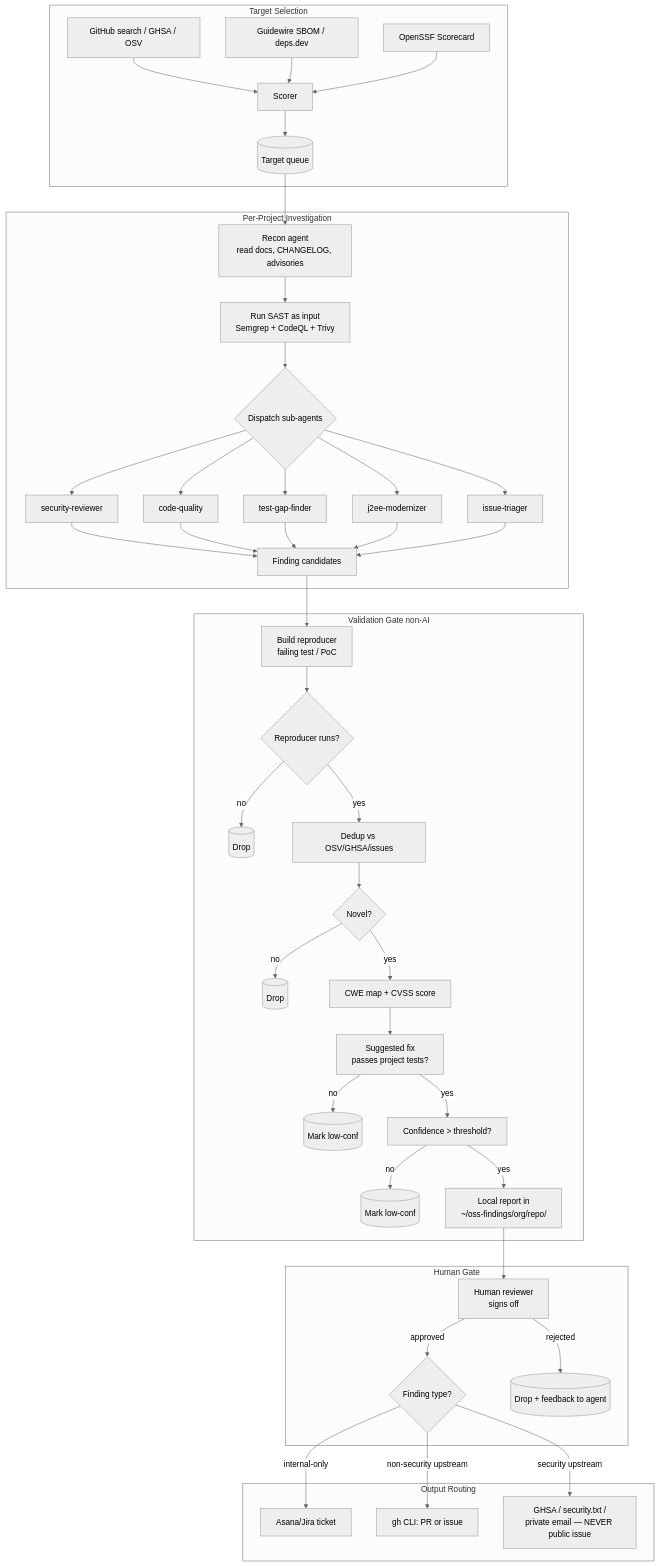
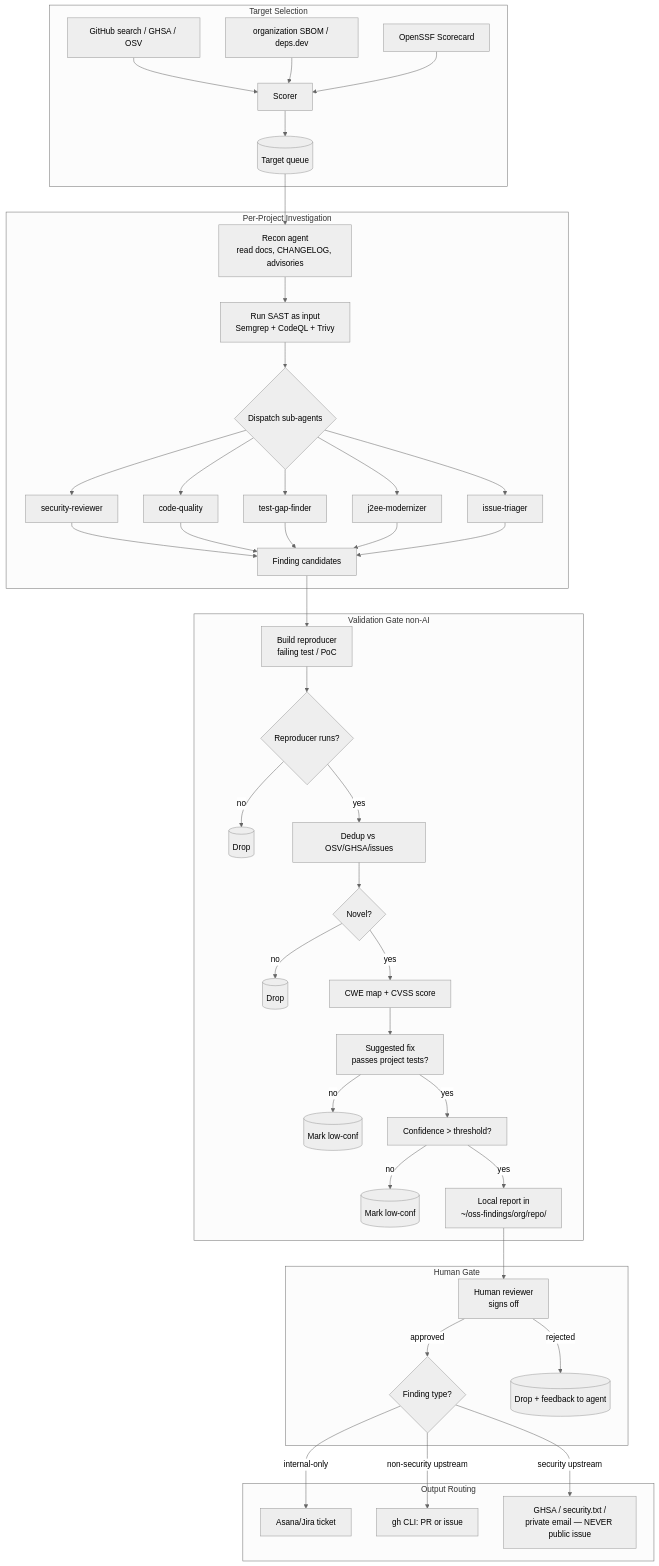
The diagram in oss-bug-hunter-research.md (mkhalid-s/oss-bug-hunter), drawn with Mermaid (neutral theme) before and after one commit. The commit also changed other lines of this file and 42 other files, not shown here.

````diff
--- a/oss-bug-hunter-research.md
+++ b/oss-bug-hunter-research.md
@@ -110,48 +110,48 @@
 ```mermaid
 flowchart TB
     subgraph TS[Target Selection]
         A1[GitHub search / GHSA / OSV] --> A4[Scorer]
-        A2[Guidewire SBOM / deps.dev] --> A4
+        A2[organization SBOM / deps.dev] --> A4
         A3[OpenSSF Scorecard] --> A4
         A4 --> A5[(Target queue)]
     end
 
     subgraph INV[Per-Project Investigation]
         A5 --> B1[Recon agent<br/>read docs, CHANGELOG, advisories]
         B1 --> B2[Run SAST as input<br/>Semgrep + CodeQL + Trivy]
         B2 --> B3{Dispatch sub-agents}
         B3 --> B4[security-reviewer]
         B3 --> B5[code-quality]
         B3 --> B6[test-gap-finder]
         B3 --> B7[j2ee-modernizer]
         B3 --> B8[issue-triager]
         B4 & B5 & B6 & B7 & B8 --> B9[Finding candidates]
     end
 
     subgraph VG[Validation Gate non-AI]
         B9 --> C1[Build reproducer<br/>failing test / PoC]
         C1 --> C2{Reproducer runs?}
         C2 -- no --> X1[(Drop)]
         C2 -- yes --> C3[Dedup vs OSV/GHSA/issues]
         C3 --> C4{Novel?}
         C4 -- no --> X2[(Drop)]
         C4 -- yes --> C5[CWE map + CVSS score]
         C5 --> C6[Suggested fix<br/>passes project tests?]
         C6 -- no --> X3[(Mark low-conf)]
         C6 -- yes --> C7[Confidence > threshold?]
         C7 -- no --> X4[(Mark low-conf)]
         C7 -- yes --> D1
     end
 
     subgraph HR[Human Gate]
         D1[Local report in<br/>~/oss-findings/org/repo/] --> D2[Human reviewer<br/>signs off]
         D2 -- approved --> E1
         D2 -- rejected --> X5[(Drop + feedback to agent)]
     end
 
     subgraph OUT[Output Routing]
         E1{Finding type?} -- internal-only --> E2[Asana/Jira ticket]
         E1 -- non-security upstream --> E3[gh CLI: PR or issue]
         E1 -- security upstream --> E4[GHSA / security.txt /<br/>private email — NEVER public issue]
     end
 ```
````
